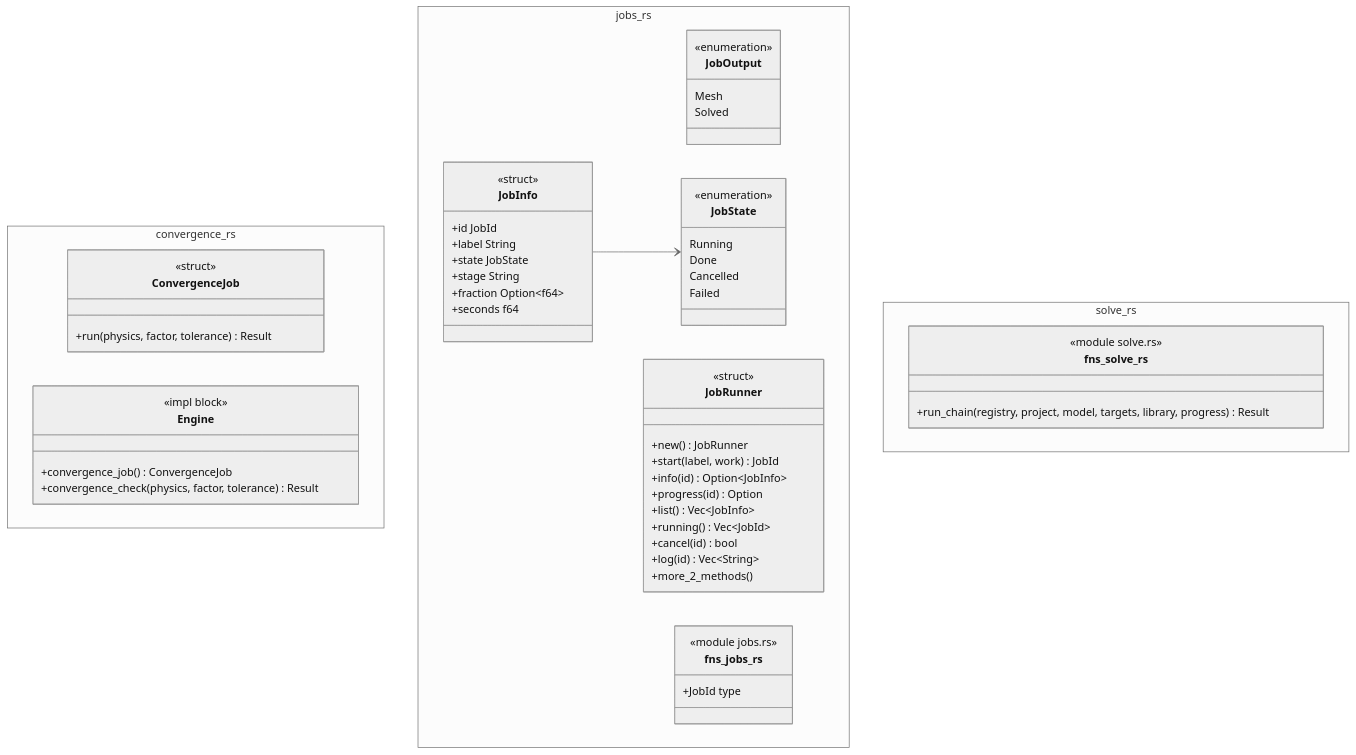
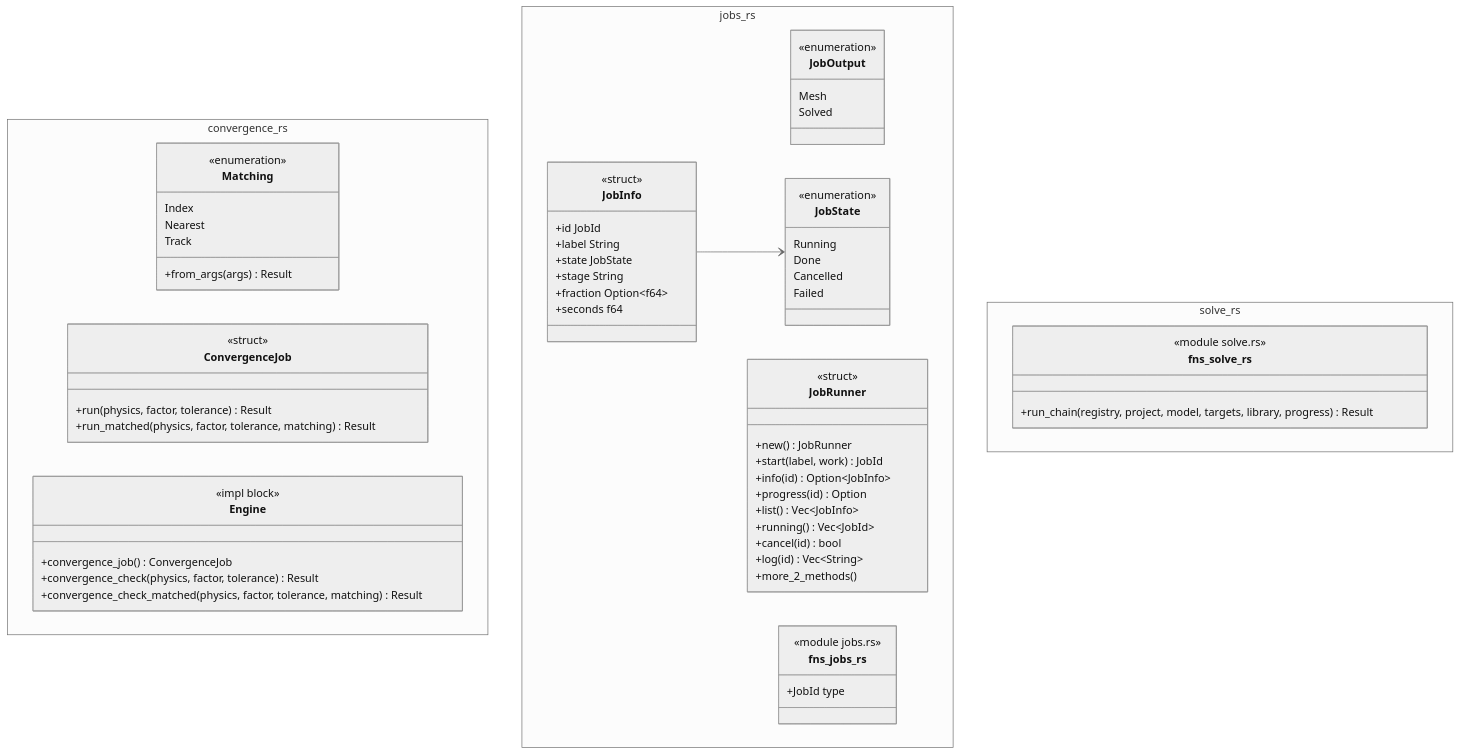
The diagram in docs/architecture/c4/4-code/engine/jobs.md (p-j-r/nyx), drawn with Mermaid (neutral theme) before and after one commit. The commit also changed other lines of this file and 33 other files, not shown here.

````diff
--- a/docs/architecture/c4/4-code/engine/jobs.md
+++ b/docs/architecture/c4/4-code/engine/jobs.md
@@ -41,60 +41,69 @@
 ```mermaid
 classDiagram
   namespace convergence_rs {
+    class Matching {
+        <<enumeration>>
+        Index
+        Nearest
+        Track
+        +from_args(args) Result
+    }
     class ConvergenceJob {
         <<struct>>
         +run(physics, factor, tolerance) Result
+        +run_matched(physics, factor, tolerance, matching) Result
     }
     class Engine {
         <<impl block>>
         +convergence_job() ConvergenceJob
         +convergence_check(physics, factor, tolerance) Result
+        +convergence_check_matched(physics, factor, tolerance, matching) Result
     }
   }
   namespace jobs_rs {
     class JobOutput {
         <<enumeration>>
         Mesh
         Solved
     }
     class JobState {
         <<enumeration>>
         Running
         Done
         Cancelled
         Failed
     }
     class JobInfo {
         <<struct>>
         +id JobId
         +label String
         +state JobState
         +stage String
         +fraction Option~f64~
         +seconds f64
     }
     class JobRunner {
         <<struct>>
         +new() JobRunner
         +start(label, work) JobId
         +info(id) Option~JobInfo~
         +progress(id) Option
         +list() Vec~JobInfo~
         +running() Vec~JobId~
         +cancel(id) bool
         +log(id) Vec~String~
         +more_2_methods()
     }
     class fns_jobs_rs {
         <<module jobs.rs>>
         +JobId type
     }
   }
   namespace solve_rs {
     class fns_solve_rs {
         <<module solve.rs>>
         +run_chain(registry, project, model, targets, library, progress) Result
     }
   }
   JobInfo --> JobState
 ```
````
